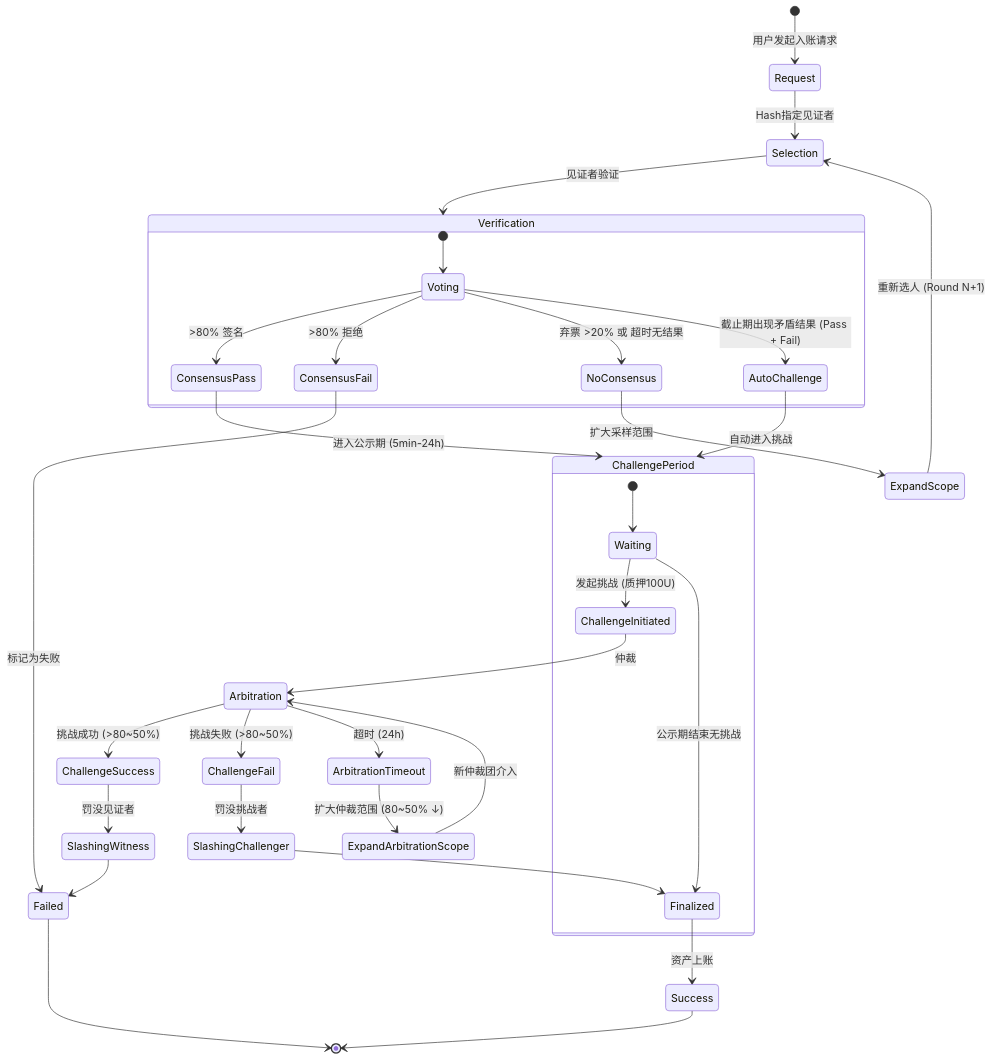
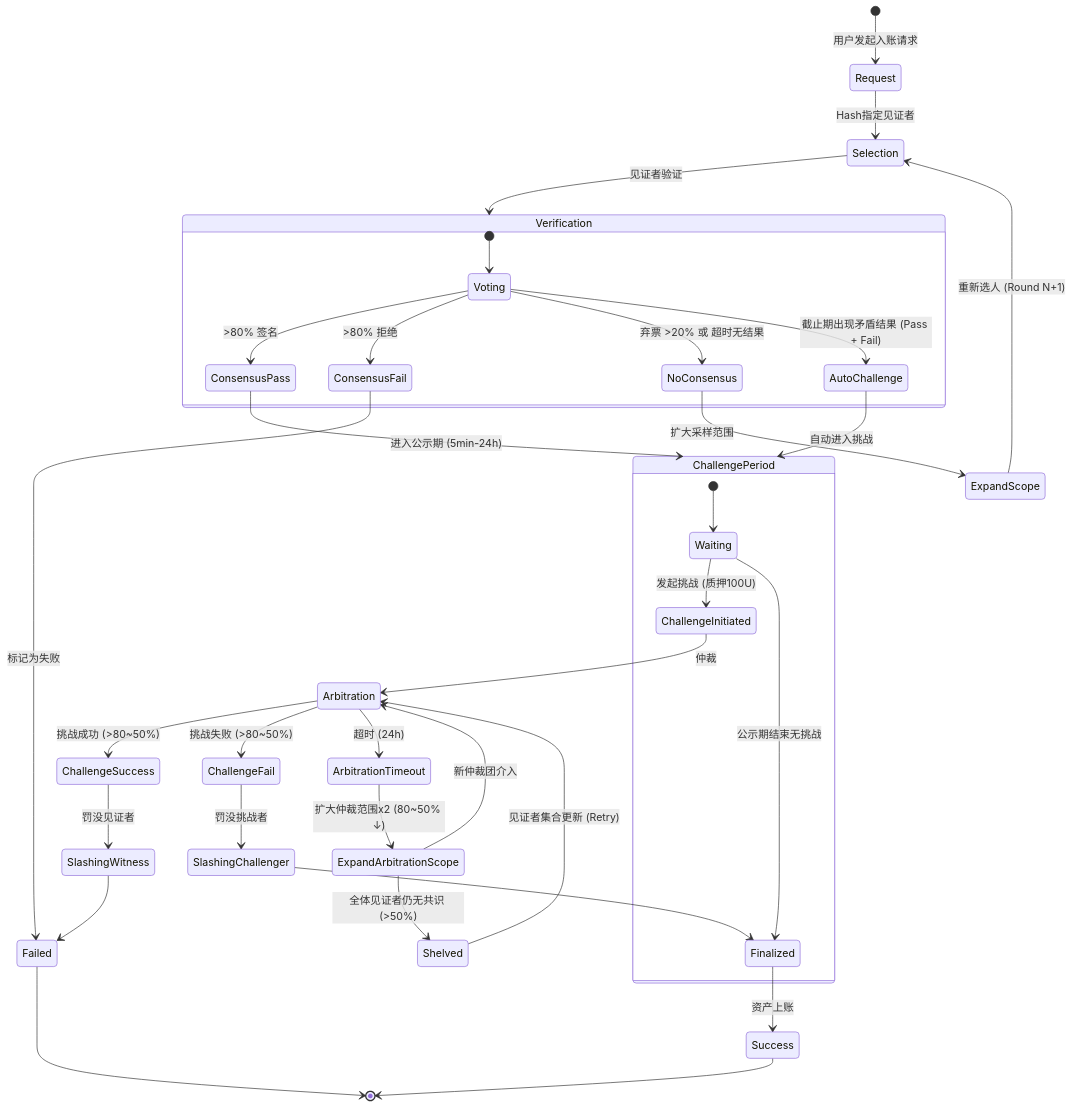
One commit to davidLeeeeeeeeeeee/dex changed the diagram in witness/witness_design.md. Above: the diagram before and after it, drawn with Mermaid. The commit also changed other lines of this file, not shown here.

````diff
--- a/witness/witness_design.md
+++ b/witness/witness_design.md
@@ -27,47 +27,50 @@
 ```mermaid
 stateDiagram-v2
     [*] --> Request: 用户发起入账请求
     Request --> Selection: Hash指定见证者
     Selection --> Verification: 见证者验证
 
     state Verification {
         [*] --> Voting
         Voting --> ConsensusPass: >80% 签名
         Voting --> ConsensusFail: >80% 拒绝
         Voting --> NoConsensus: 弃票 >20% 或 超时无结果
         Voting --> AutoChallenge: 截止期出现矛盾结果 (Pass + Fail)
     }
 
     AutoChallenge --> ChallengePeriod: 自动进入挑战
 
     ConsensusFail --> Failed: 标记为失败
     Failed --> [*]
 
     NoConsensus --> ExpandScope: 扩大采样范围
     ExpandScope --> Selection:重新选人 (Round N+1)
 
     ConsensusPass --> ChallengePeriod: 进入公示期 (5min-24h)
 
     state ChallengePeriod {
         [*] --> Waiting
         Waiting --> ChallengeInitiated: 发起挑战 (质押100U)
         Waiting --> Finalized: 公示期结束无挑战
     }
 
     ChallengeInitiated --> Arbitration: 仲裁 
     
     Arbitration --> ChallengeSuccess: 挑战成功 (>80~50%)
     ChallengeSuccess --> SlashingWitness: 罚没见证者
     SlashingWitness --> Failed
 
     Arbitration --> ChallengeFail: 挑战失败 (>80~50%)
     ChallengeFail --> SlashingChallenger: 罚没挑战者
     SlashingChallenger --> Finalized
 
     Arbitration --> ArbitrationTimeout: 超时 (24h)
-    ArbitrationTimeout --> ExpandArbitrationScope: 扩大仲裁范围 (80~50% ↓)
+    ArbitrationTimeout --> ExpandArbitrationScope: 扩大仲裁范围x2 (80~50% ↓)
     ExpandArbitrationScope --> Arbitration: 新仲裁团介入
+    
+    ExpandArbitrationScope --> Shelved: 全体见证者仍无共识 (>50%)
+    Shelved --> Arbitration: 见证者集合更新 (Retry)
 
     Finalized --> Success: 资产上账
     Success --> [*]
 ```
````
